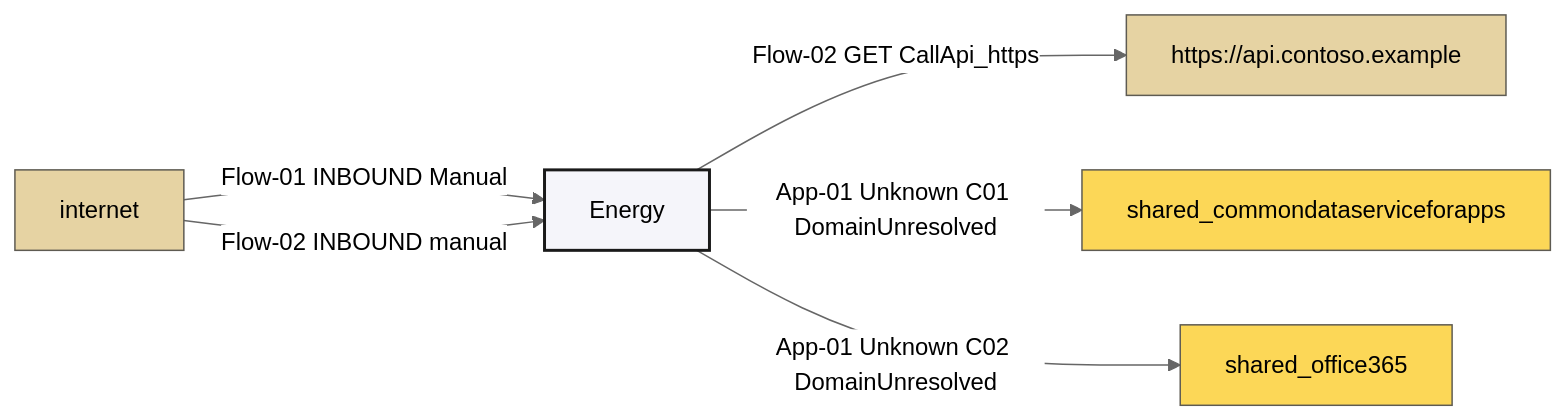
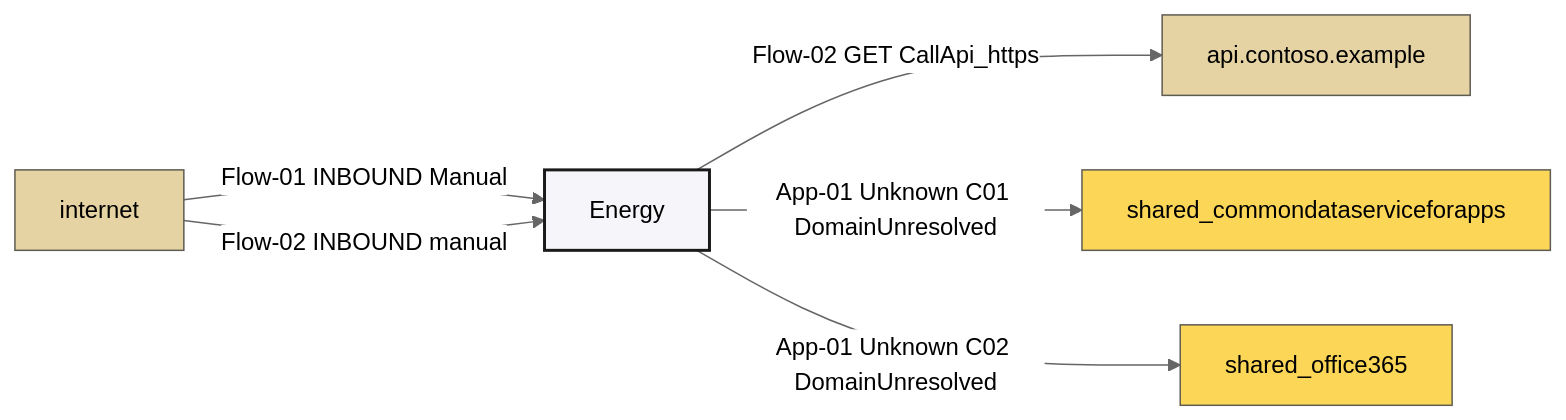
Before and after one commit to autosysops/PowerShell_PowerPlatformChecker: the diagram in tests/fixtures/expected/ExternalInteraction.SingleSolution.MergedEnergy.expected.mermaid.md, drawn with Mermaid (neutral theme). The commit also changed 14 other files, not shown here.

Commit message:
make sure blocks in external dependacy diagram with links don't block devops renderere

```diff
--- a/tests/fixtures/expected/ExternalInteraction.SingleSolution.MergedEnergy.expected.mermaid.md
+++ b/tests/fixtures/expected/ExternalInteraction.SingleSolution.MergedEnergy.expected.mermaid.md
@@ -1,23 +1,23 @@
 :::mermaid
 graph LR;
 solution_Energy["Energy"]:::Solution
 externaldomain_internet["internet"]:::ExternalDomain
-externaldomain_https_api_contoso_example["https://api.contoso.example"]:::ExternalDomain
+externaldomain_https_api_contoso_example["api.contoso.example"]:::ExternalDomain
 shared_commondataserviceforapps["shared_commondataserviceforapps"]:::Connection
 shared_office365["shared_office365"]:::Connection
 externaldomain_internet -->|Flow-01 INBOUND Manual| solution_Energy
 externaldomain_internet -->|Flow-02 INBOUND manual| solution_Energy
 solution_Energy -->|Flow-02 GET CallApi_https| externaldomain_https_api_contoso_example
 solution_Energy -->|App-01 Unknown C01 DomainUnresolved| shared_commondataserviceforapps
 solution_Energy -->|App-01 Unknown C02 DomainUnresolved| shared_office365
 classDef default fill:red,stroke:#5E5B52
 classDef Connection fill:#FCD757,stroke:#5E5B52
 classDef Entity fill:#B56784,stroke:#5E5B52
 classDef DefaultEntity fill:#71374D,stroke:#5E5B52
 classDef Flow fill:#DBE4EE,stroke:#5E5B52
 classDef CanvasApp fill:#8BC34A,stroke:#5E5B52
 classDef ModelDrivenApp fill:#7BAFD4,stroke:#5E5B52
 classDef WebResource fill:#D7C8F3,stroke:#5E5B52
 classDef Solution fill:#f5f5fa,stroke:#1A1A1A,stroke-width:2px;
 classDef ExternalDomain fill:#E6D3A3,stroke:#5E5B52
 :::
```
